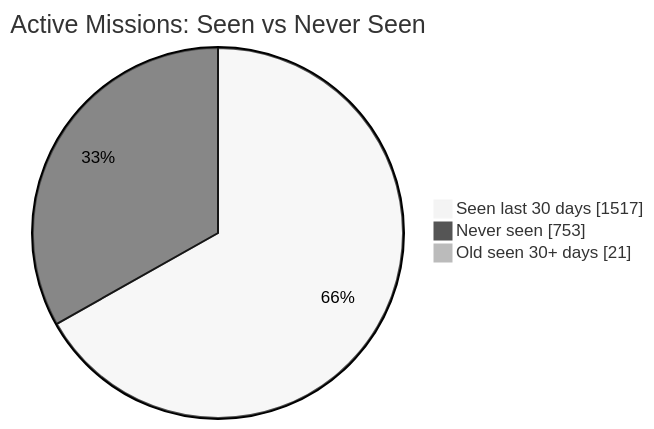
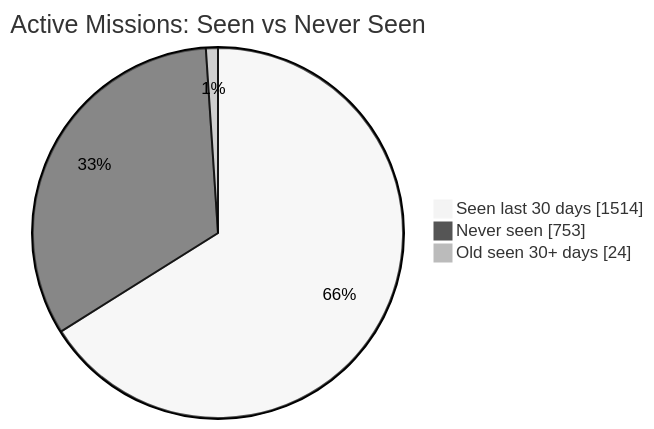
The first of 2 diagrams in README.md (MeldkamerspelGameTeam/active-missions), drawn with Mermaid (neutral theme) before and after one commit. The commit also changed other lines of this file and 2 other files, not shown here.

````diff
--- a/README.md
+++ b/README.md
@@ -34,7 +34,7 @@
 ```mermaid
 pie showData
     title Active Missions: Seen vs Never Seen
-    "Seen last 30 days" : 1517
+    "Seen last 30 days" : 1514
     "Never seen" : 753
-    "Old seen 30+ days" : 21
+    "Old seen 30+ days" : 24
 ```
````
